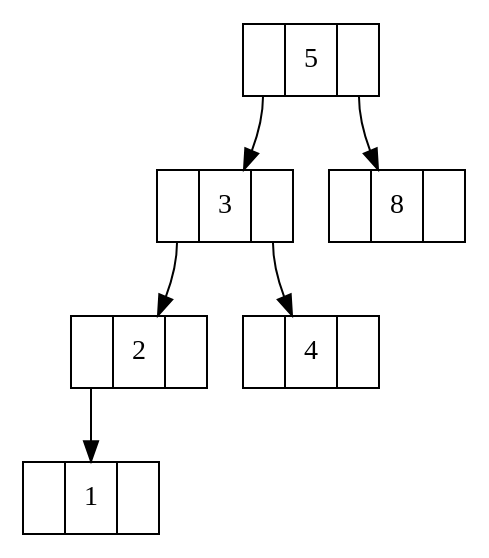
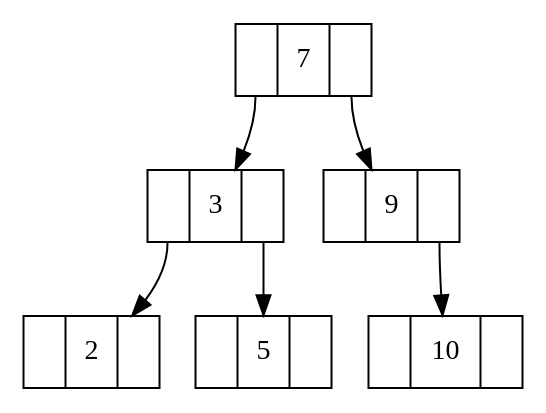
The diagram in Arbolito.dot (MacoChave/Arbol-HBK-JAVA), drawn with Graphviz before and after one commit. The commit also changed 2 other files, not shown here.

```diff
--- a/Arbolito.dot
+++ b/Arbolito.dot
@@ -1,18 +1,18 @@
 digraph Arbolito {
 rankdir = TB
 node [shape = record]
 
-node5 [label = "<izq> | 5 | <der>"]
-node5 : izq -> node3
-node5 : der -> node8
+node7 [label = "<izq> | 7 | <der>"]
+node7 : izq -> node3
+node7 : der -> node9
 node3 [label = "<izq> | 3 | <der>"]
 node3 : izq -> node2
-node3 : der -> node4
+node3 : der -> node5
 node2 [label = "<izq> | 2 | <der>"]
-node2 : izq -> node1
-node1 [label = "<izq> | 1 | <der>"]
-node4 [label = "<izq> | 4 | <der>"]
-node8 [label = "<izq> | 8 | <der>"]
+node5 [label = "<izq> | 5 | <der>"]
+node9 [label = "<izq> | 9 | <der>"]
+node9 : der -> node10
+node10 [label = "<izq> | 10 | <der>"]
 
 
 }
```
